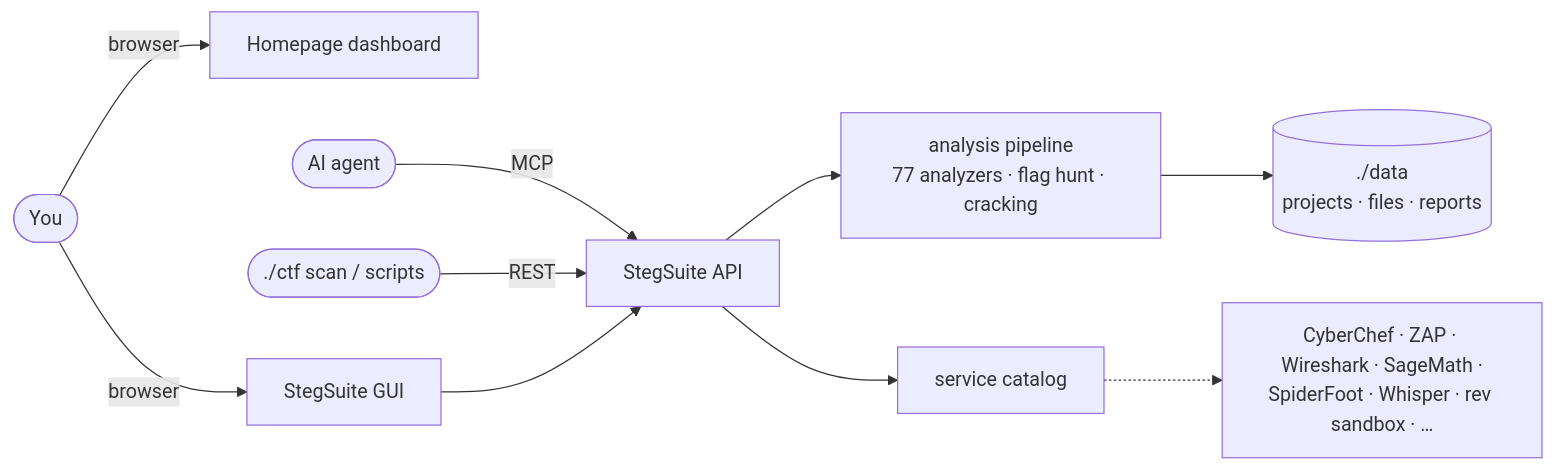
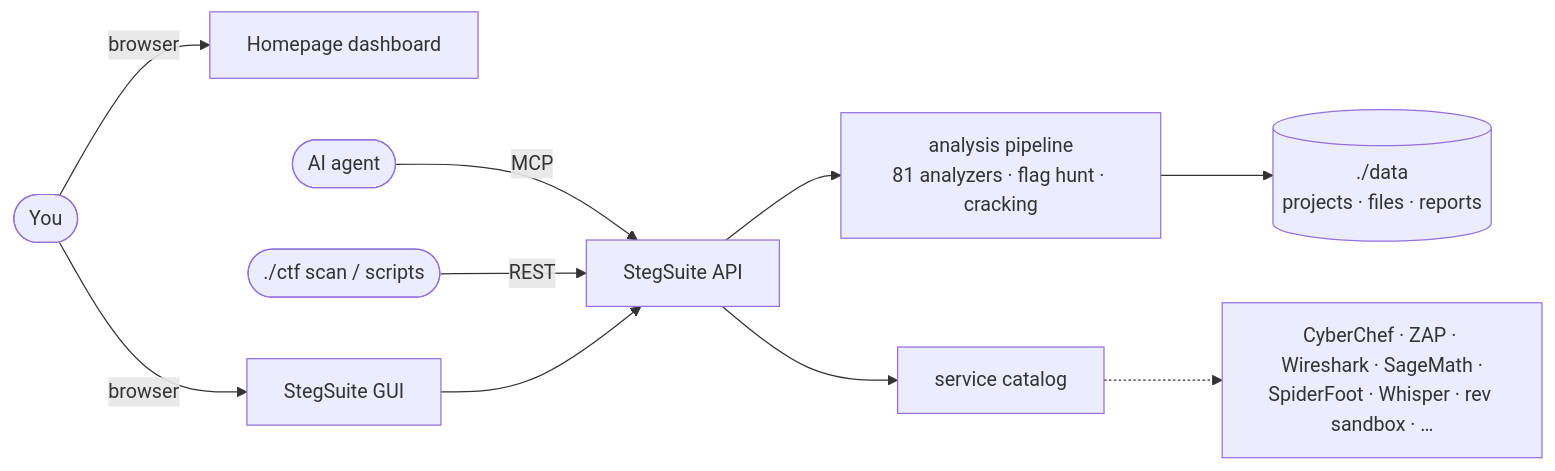
One commit to dexRand/ctf-docker changed the diagram in README.md. Above: the diagram before and after it, drawn with Mermaid. The commit also changed other lines of this file and 3 other files, not shown here.

````diff
--- a/README.md
+++ b/README.md
@@ -87,12 +87,12 @@
 ```mermaid
 flowchart LR
   you([You]) -->|browser| dash[Homepage dashboard]
   you -->|browser| ss[StegSuite GUI]
   agent([AI agent]) -->|MCP| api
   cli([./ctf scan / scripts]) -->|REST| api
   ss --> api[StegSuite API]
-  api --> pipe[analysis pipeline<br/>77 analyzers · flag hunt · cracking]
+  api --> pipe[analysis pipeline<br/>81 analyzers · flag hunt · cracking]
   pipe --> data[(./data<br/>projects · files · reports)]
   api --> svc[service catalog]
   svc -.-> tools[CyberChef · ZAP · Wireshark · SageMath ·<br/>SpiderFoot · Whisper · rev sandbox · …]
 ```
````
